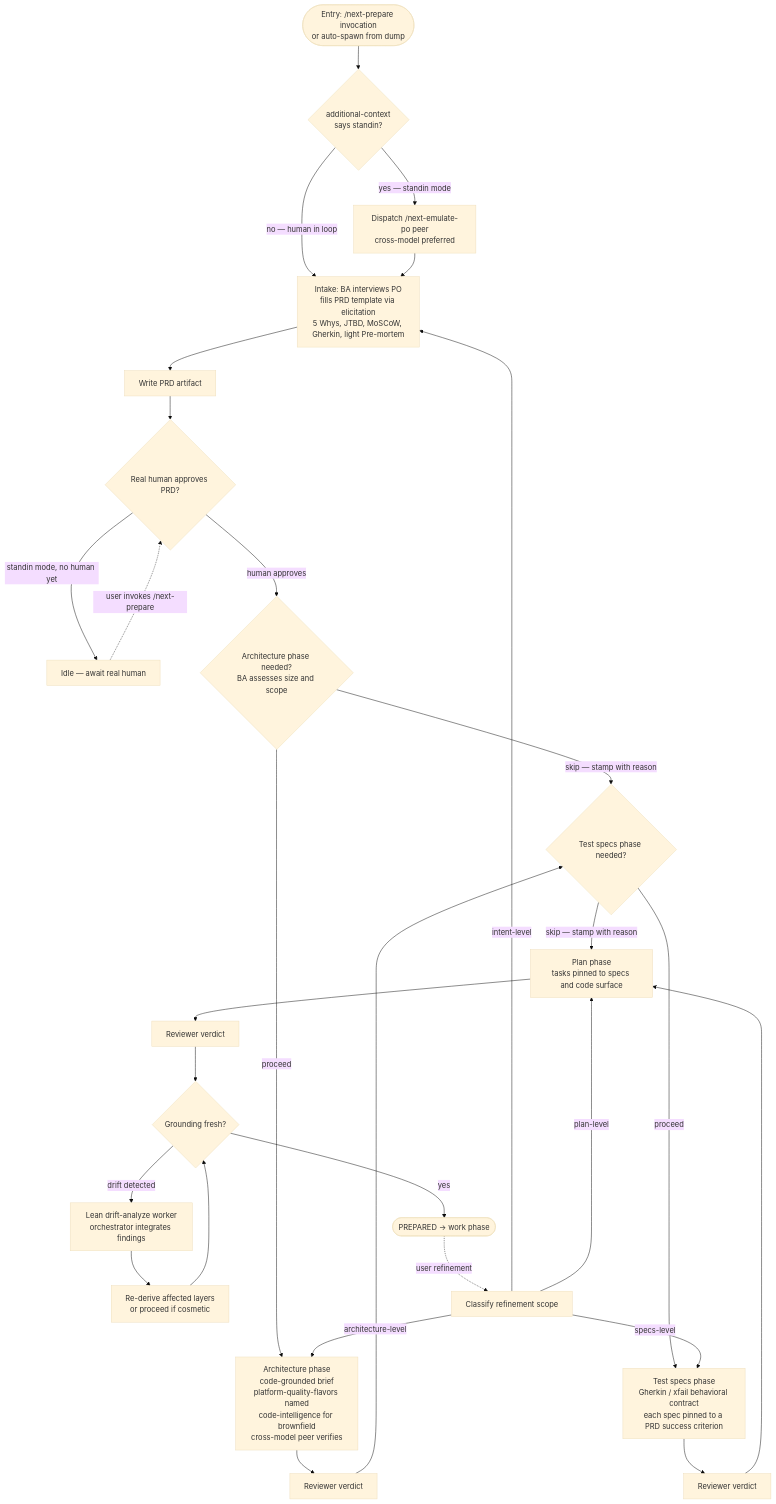
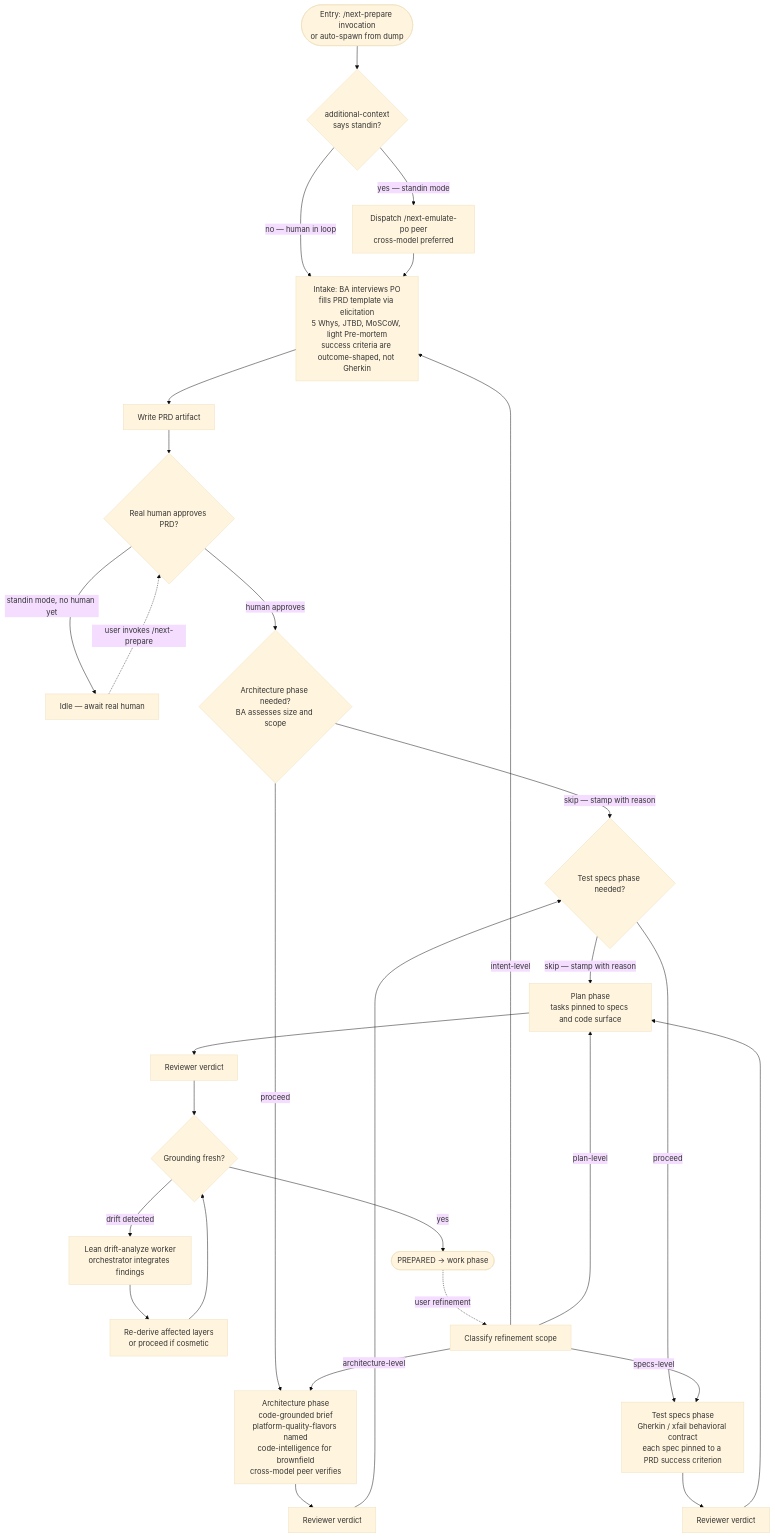
The diagram in docs/project/design/architecture/prepare-flow.md (InstruktAI/TeleClaude), drawn with Mermaid (base theme) before and after one commit. The commit also changed other lines of this file and 270 other files, not shown here.

````diff
--- a/docs/project/design/architecture/prepare-flow.md
+++ b/docs/project/design/architecture/prepare-flow.md
@@ -74,50 +75,50 @@
 ```mermaid
 flowchart TD
     Entry([Entry: /next-prepare invocation<br/>or auto-spawn from dump])
     Entry --> ModeCheck{additional-context<br/>says standin?}
 
     ModeCheck -->|yes — standin mode| DispatchStandin[Dispatch /next-emulate-po peer<br/>cross-model preferred]
     ModeCheck -->|no — human in loop| Intake
 
-    DispatchStandin --> Intake[Intake: BA interviews PO<br/>fills PRD template via elicitation<br/>5 Whys, JTBD, MoSCoW, Gherkin, light Pre-mortem]
+    DispatchStandin --> Intake[Intake: BA interviews PO<br/>fills PRD template via elicitation<br/>5 Whys, JTBD, MoSCoW, light Pre-mortem<br/>success criteria are outcome-shaped, not Gherkin]
 
     Intake --> WritePRD[Write PRD artifact]
     WritePRD --> PRDApprove{Real human approves PRD?}
 
     PRDApprove -->|standin mode, no human yet| Idle[Idle — await real human]
     PRDApprove -->|human approves| AssessArch
 
     Idle -.user invokes /next-prepare.-> PRDApprove
 
     AssessArch{Architecture phase needed?<br/>BA assesses size and scope}
     AssessArch -->|skip — stamp with reason| AssessSpecs
     AssessArch -->|proceed| ArchPhase
 
     ArchPhase[Architecture phase<br/>code-grounded brief<br/>platform-quality-flavors named<br/>code-intelligence for brownfield<br/>cross-model peer verifies]
     ArchPhase --> ArchReview[Reviewer verdict]
     ArchReview --> AssessSpecs
 
     AssessSpecs{Test specs phase needed?}
     AssessSpecs -->|skip — stamp with reason| PlanPhase
     AssessSpecs -->|proceed| SpecsPhase
 
     SpecsPhase[Test specs phase<br/>Gherkin / xfail behavioral contract<br/>each spec pinned to a PRD success criterion]
     SpecsPhase --> SpecsReview[Reviewer verdict]
     SpecsReview --> PlanPhase
 
     PlanPhase[Plan phase<br/>tasks pinned to specs and code surface]
     PlanPhase --> PlanReview[Reviewer verdict]
     PlanReview --> Grounding{Grounding fresh?}
 
     Grounding -->|yes| Prepared([PREPARED → work phase])
     Grounding -->|drift detected| DriftWorker[Lean drift-analyze worker<br/>orchestrator integrates findings]
     DriftWorker --> Plan[Re-derive affected layers<br/>or proceed if cosmetic]
     Plan --> Grounding
 
     %% Refinement
     Prepared -.user refinement.-> RefineClassify[Classify refinement scope]
     RefineClassify -->|intent-level| Intake
     RefineClassify -->|architecture-level| ArchPhase
     RefineClassify -->|specs-level| SpecsPhase
     RefineClassify -->|plan-level| PlanPhase
 ```
````
